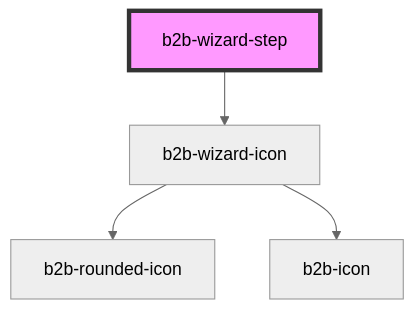
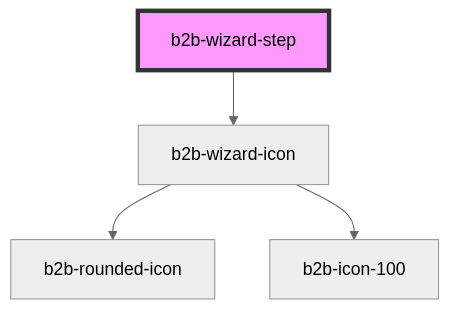
The diagram in packages/core-components/src/components/wizard/readme.md (otto-de/b2b-design-system), drawn with Mermaid (neutral theme) before and after one commit. The commit also changed 41 other files, not shown here.

````diff
--- a/packages/core-components/src/components/wizard/readme.md
+++ b/packages/core-components/src/components/wizard/readme.md
@@ -24,7 +24,7 @@
 ```mermaid
 graph TD;
   b2b-wizard-step --> b2b-wizard-icon
   b2b-wizard-icon --> b2b-rounded-icon
-  b2b-wizard-icon --> b2b-icon
+  b2b-wizard-icon --> b2b-icon-100
   style b2b-wizard-step fill:#f9f,stroke:#333,stroke-width:4px
 ```
````
